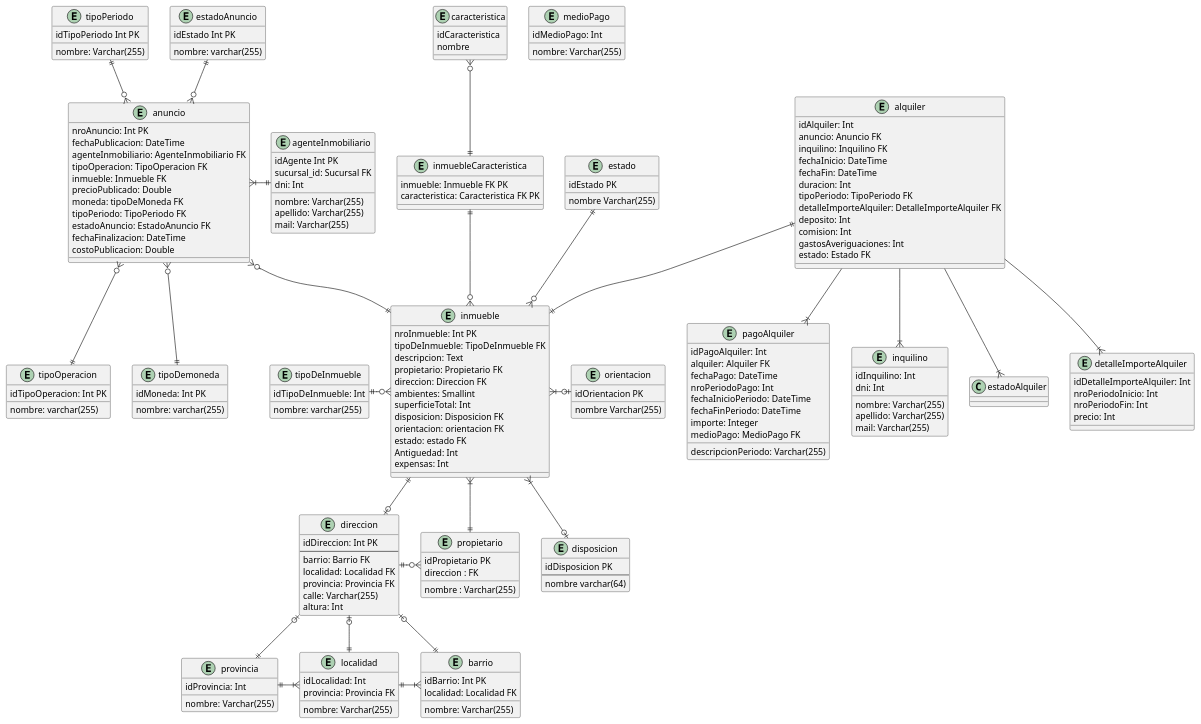
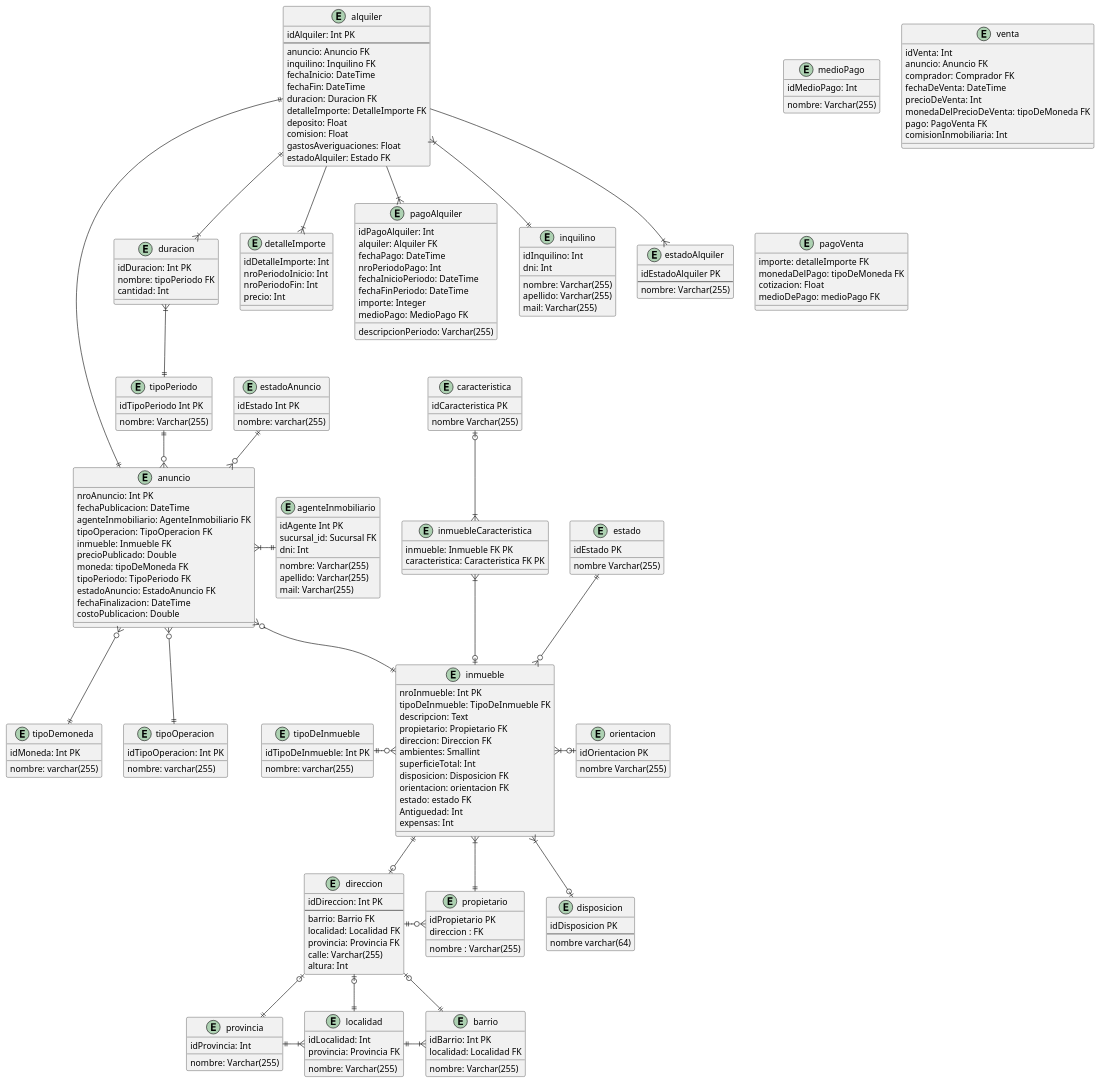
One commit to manutorrente/TP-GDD changed the diagram in der.wsd. Above: the diagram before and after it, drawn with PlantUML.

```diff
--- a/der.wsd
+++ b/der.wsd
@@ -71,29 +71,37 @@
 efectivo, crédito, débito, etc. Los medios de pago disponibles se encuentran
 previamente tipificados '/
 
+
+' Punto 2
 entity alquiler {
-    idAlquiler: Int
+    idAlquiler: Int PK
+    --
     anuncio: Anuncio FK
     inquilino: Inquilino FK
     fechaInicio: DateTime
     fechaFin: DateTime
-    duracion: Int
-    tipoPeriodo: TipoPeriodo FK
-    detalleImporteAlquiler: DetalleImporteAlquiler FK
-    deposito: Int
-    comision: Int
-    gastosAveriguaciones: Int
-    estado: Estado FK
+    duracion: Duracion FK
+    detalleImporte: DetalleImporte FK
+    deposito: Float
+    comision: Float
+    gastosAveriguaciones: Float
+    estadoAlquiler: Estado FK
 }
 
-entity detalleImporteAlquiler {
-    idDetalleImporteAlquiler: Int
+
+
+entity duracion {
+    idDuracion: Int PK
+    nombre: tipoPeriodo FK
+    cantidad: Int
+}
+
+entity detalleImporte {
+    idDetalleImporte: Int
     nroPeriodoInicio: Int
     nroPeriodoFin: Int
     precio: Int
 }
-
-
 
 entity pagoAlquiler {
     idPagoAlquiler: Int
@@ -120,7 +128,23 @@
     nombre: Varchar(255)
 }
 
+entity venta {
+    idVenta: Int
+    anuncio: Anuncio FK
+    comprador: Comprador FK
+    fechaDeVenta: DateTime
+    precioDeVenta: Int
+    monedaDelPrecioDeVenta: tipoDeMoneda FK
+    pago: PagoVenta FK
+    comisionInmobiliaria: Int
+}
 
+entity pagoVenta {
+    importe: detalleImporte FK
+    monedaDelPago: tipoDeMoneda FK
+    cotizacion: Float
+    medioDePago: medioPago FK
+}
 
 entity anuncio {
     nroAnuncio: Int PK
@@ -134,16 +158,14 @@
     estadoAnuncio: EstadoAnuncio FK
     fechaFinalizacion: DateTime
     costoPublicacion: Double
-    
 }
-
-
 
 entity tipoDemoneda {
     idMoneda: Int PK
     nombre: varchar(255)
 }
 
+/' PUNTO 1 '/
 entity inmueble {
     nroInmueble: Int PK
     tipoDeInmueble: TipoDeInmueble FK  
@@ -160,7 +182,7 @@
 }
 
 entity tipoDeInmueble {
-    idTipoDeInmueble: Int
+    idTipoDeInmueble: Int PK
     nombre: varchar(255)
 }
 
@@ -223,8 +245,8 @@
 }
 
 entity caracteristica {
-    idCaracteristica
-    nombre
+    idCaracteristica PK
+    nombre Varchar(255)
 }
 
 
@@ -261,6 +283,11 @@
     nombre Varchar(255)
 }
 
+entity estadoAlquiler {
+    idEstadoAlquiler PK
+    --
+    nombre: Varchar(255)
+}
 
 ' Anuncio
 anuncio }|-|| agenteInmobiliario  
@@ -277,20 +304,21 @@
 inmueble }|-o| orientacion
 estado ||--o{ inmueble
 tipoDeInmueble ||-o{ inmueble
-
-inmuebleCaracteristica ||--o{ inmueble
-caracteristica }o--|| inmuebleCaracteristica
+inmuebleCaracteristica }|--o| inmueble
+caracteristica |o--|{ inmuebleCaracteristica
 
 
 direccion ||-o{ propietario
 
-
-alquiler --|{ detalleImporteAlquiler
+' Alquiler
+alquiler --|{ detalleImporte
 alquiler --|{ pagoAlquiler
 alquiler --|{ estadoAlquiler
-alquiler --|{ inquilino
-alquiler ||--|| inmueble
+alquiler }|--|| inquilino
+alquiler ||--|| anuncio
+alquiler ||--|{ duracion
 
+duracion }|--|| tipoPeriodo
 
 
 
```
